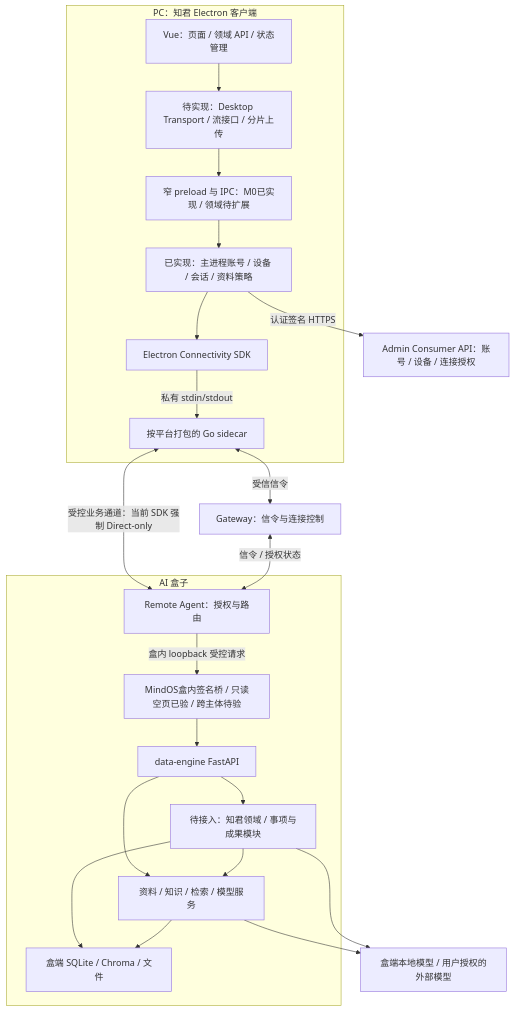
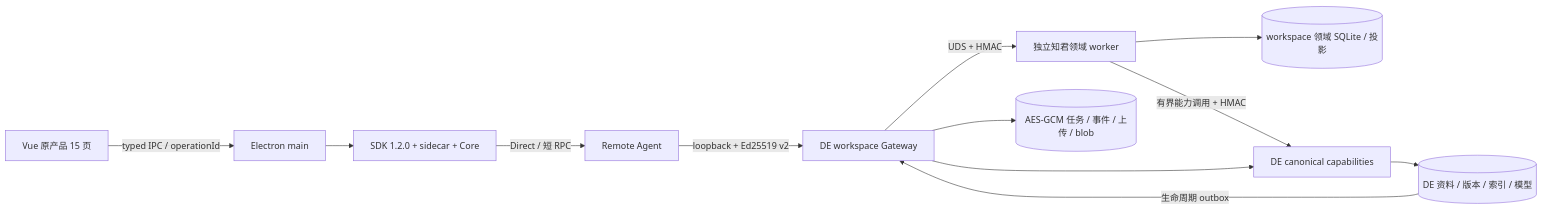
Before and after one commit to finewood2008/centaurAI-zhijun: the diagram in docs/development/ARCHITECTURE-0905.md, drawn with Mermaid. The commit also changed other lines of this file and 18 other files, not shown here.

Commit message:
docs: record full workspace architecture and hardware verification

````diff
--- a/docs/development/ARCHITECTURE-0905.md
+++ b/docs/development/ARCHITECTURE-0905.md
@@ -163,36 +32,14 @@
 ```mermaid
-flowchart TB
-  subgraph pc[PC：知君 Electron 客户端]
-    ui[Vue：页面 / 领域 API / 状态管理]
-    transport[待实现：Desktop Transport / 流接口 / 分片上传]
-    preload[窄 preload 与 IPC：M0已实现 / 领域待扩展]
-    main[已实现：主进程账号 / 设备 / 会话 / 资料策略]
-    sdk[Electron Connectivity SDK]
-    sidecar[按平台打包的 Go sidecar]
-    ui --> transport --> preload --> main --> sdk
-    sdk -->|私有 stdin/stdout| sidecar
-  end
-  admin[Admin Consumer API：账号 / 设备 / 连接授权]
-  gateway[Gateway：信令与连接控制]
-  main -->|认证签名 HTTPS| admin
-  sidecar <-->|受信信令| gateway
-  subgraph box[AI 盒子]
-    agent[Remote Agent：授权与路由]
-    auth[MindOS盒内签名桥 / 只读空页已验 / 跨主体待验]
-    engine[data-engine FastAPI]
-    zj[待接入：知君领域 / 事项与成果模块]
-    data[资料 / 知识 / 检索 / 模型服务]
-    state[盒端 SQLite / Chroma / 文件]
-    agent -->|盒内 loopback 受控请求| auth --> engine
-    engine --> zj
-    engine --> data
-    zj --> data
-    zj --> state
-    data --> state
-  end
-  sidecar <-->|受控业务通道：当前 SDK 强制 Direct-only| agent
-  gateway <-->|信令 / 授权状态| agent
-  model[盒端本地模型 / 用户授权的外部模型]
-  data --> model
-  zj --> model
+flowchart LR
+  UI[Vue 原产品 15 页] -->|typed IPC / operationId| MAIN[Electron main]
+  MAIN --> SDK[SDK 1.2.0 + sidecar + Core]
+  SDK -->|Direct / 短 RPC| AGENT[Remote Agent]
+  AGENT -->|loopback + Ed25519 v2| GW[DE workspace Gateway]
+  GW -->|UDS + HMAC| WORKER[独立知君领域 worker]
+  WORKER --> DOMAIN[(workspace 领域 SQLite / 投影)]
+  WORKER -->|有界能力调用 + HMAC| CAP[DE canonical capabilities]
+  GW --> CAP
+  GW --> JOBS[(AES-GCM 任务 / 事件 / 上传 / blob)]
+  CAP --> DATA[(DE 资料 / 版本 / 索引 / 模型)]
+  DATA -->|生命周期 outbox| GW
 ```
````
